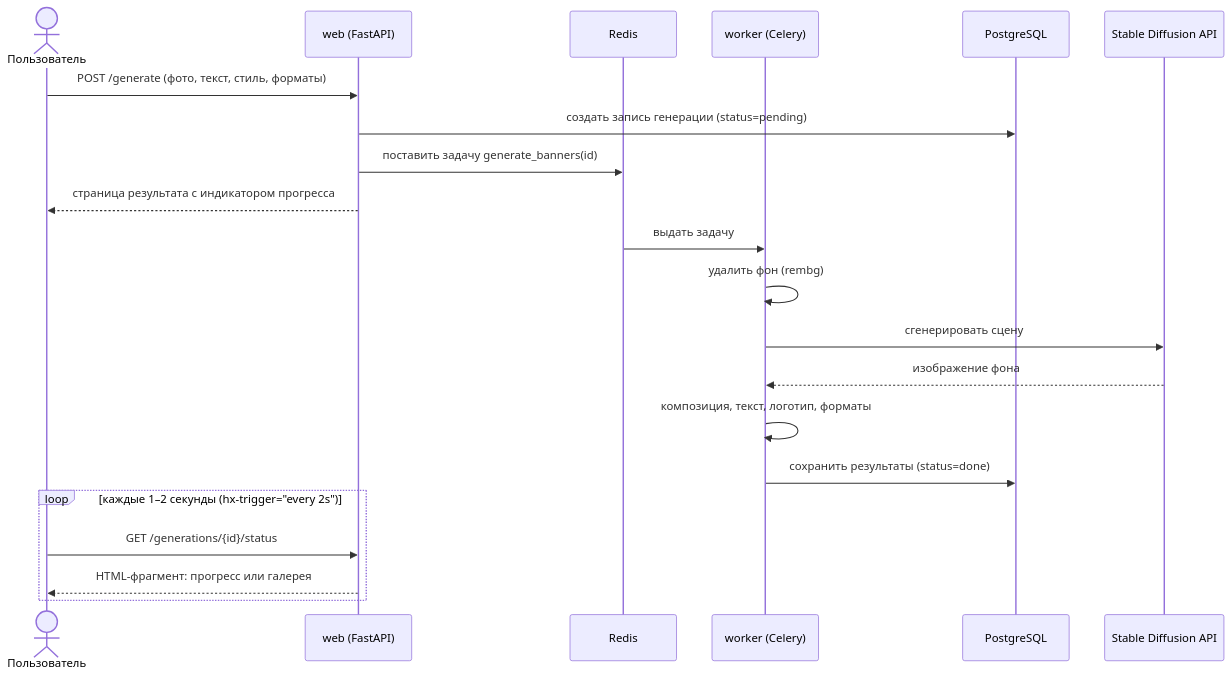
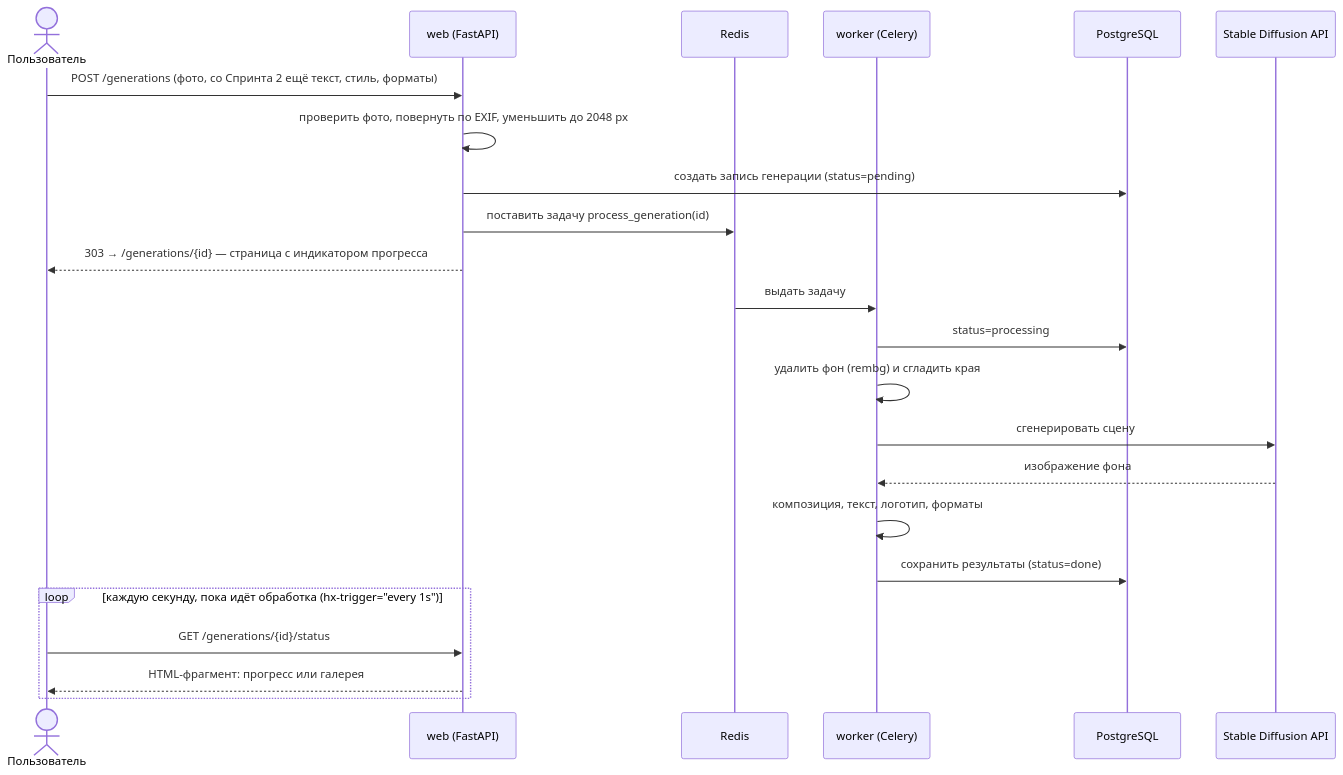
The third of 4 diagrams in docs/ARCHITECTURE.md (Aqudai/ADGen_AI1), drawn with Mermaid before and after one commit. The commit also changed other lines of this file and 28 other files, not shown here.

````diff
--- a/docs/ARCHITECTURE.md
+++ b/docs/ARCHITECTURE.md
@@ -81,24 +82,26 @@
 ```mermaid
 sequenceDiagram
     actor U as Пользователь
     participant W as web (FastAPI)
     participant R as Redis
     participant C as worker (Celery)
     participant DB as PostgreSQL
     participant SD as Stable Diffusion API
 
-    U->>W: POST /generate (фото, текст, стиль, форматы)
+    U->>W: POST /generations (фото, со Спринта 2 ещё текст, стиль, форматы)
+    W->>W: проверить фото, повернуть по EXIF, уменьшить до 2048 px
     W->>DB: создать запись генерации (status=pending)
-    W->>R: поставить задачу generate_banners(id)
-    W-->>U: страница результата с индикатором прогресса
+    W->>R: поставить задачу process_generation(id)
+    W-->>U: 303 → /generations/{id} — страница с индикатором прогресса
     R->>C: выдать задачу
-    C->>C: удалить фон (rembg)
+    C->>DB: status=processing
+    C->>C: удалить фон (rembg) и сгладить края
     C->>SD: сгенерировать сцену
     SD-->>C: изображение фона
     C->>C: композиция, текст, логотип, форматы
     C->>DB: сохранить результаты (status=done)
-    loop каждые 1–2 секунды (hx-trigger="every 2s")
+    loop каждую секунду, пока идёт обработка (hx-trigger="every 1s")
         U->>W: GET /generations/{id}/status
         W-->>U: HTML-фрагмент: прогресс или галерея
     end
 ```
````
